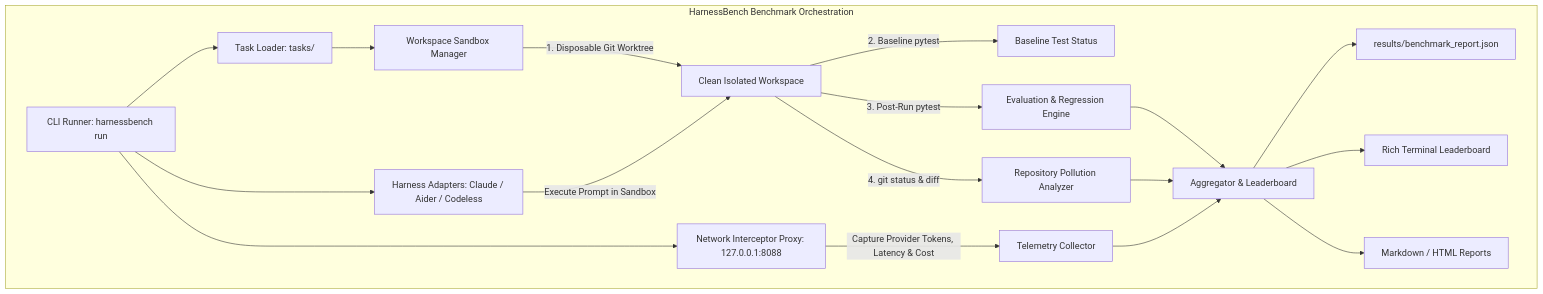
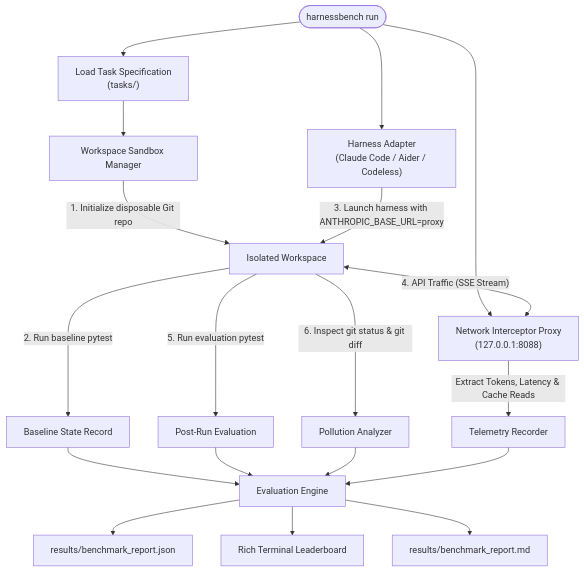
Before and after one commit to Shikhaar/HarnessBench: the diagram in README.md, drawn with Mermaid. The commit also changed other lines of this file, not shown here.

Commit message:
docs: elevate README.md with badges, architecture diagram, and comprehensive guide

````diff
--- a/README.md
+++ b/README.md
@@ -28,21 +59,28 @@
 ```mermaid
-graph TD
-    subgraph "HarnessBench Benchmark Orchestration"
-        A[CLI Runner: harnessbench run] --> B[Task Loader: tasks/]
-        B --> C[Workspace Sandbox Manager]
-        C -->|1. Disposable Git Worktree| D[Clean Isolated Workspace]
-        D -->|2. Baseline pytest| E[Baseline Test Status]
-        A --> F[Network Interceptor Proxy: 127.0.0.1:8088]
-        F -->|Capture Provider Tokens, Latency & Cost| G[Telemetry Collector]
-        A --> H[Harness Adapters: Claude / Aider / Codeless]
-        H -->|Execute Prompt in Sandbox| D
-        D -->|3. Post-Run pytest| I[Evaluation & Regression Engine]
-        D -->|4. git status & diff| J[Repository Pollution Analyzer]
-        I --> K[Aggregator & Leaderboard]
-        J --> K
-        G --> K
-        K --> L[results/benchmark_report.json]
-        K --> M[Rich Terminal Leaderboard]
-        K --> N[Markdown / HTML Reports]
-    end
+flowchart TD
+    CLI(["harnessbench run"]) --> TaskLoader["Load Task Specification<br/>(tasks/)"]
+    CLI --> Proxy["Network Interceptor Proxy<br/>(127.0.0.1:8088)"]
+    
+    TaskLoader --> Sandbox["Workspace Sandbox Manager"]
+    Sandbox -->|"1. Initialize disposable Git repo"| Worktree["Isolated Workspace"]
+    
+    Worktree -->|"2. Run baseline pytest"| Baseline["Baseline State Record"]
+    
+    CLI --> Adapter["Harness Adapter<br/>(Claude Code / Aider / Codeless)"]
+    Adapter -->|"3. Launch harness with ANTHROPIC_BASE_URL=proxy"| Worktree
+    
+    Worktree <-->|"4. API Traffic (SSE Stream)"| Proxy
+    Proxy -->|"Extract Tokens, Latency & Cache Reads"| Telemetry["Telemetry Recorder"]
+    
+    Worktree -->|"5. Run evaluation pytest"| PostEval["Post-Run Evaluation"]
+    Worktree -->|"6. Inspect git status & git diff"| Pollution["Pollution Analyzer"]
+    
+    Baseline --> Evaluator["Evaluation Engine"]
+    PostEval --> Evaluator
+    Pollution --> Evaluator
+    Telemetry --> Evaluator
+    
+    Evaluator --> Report["results/benchmark_report.json"]
+    Evaluator --> Leaderboard["Rich Terminal Leaderboard"]
+    Evaluator --> Markdown["results/benchmark_report.md"]
 ```
````
